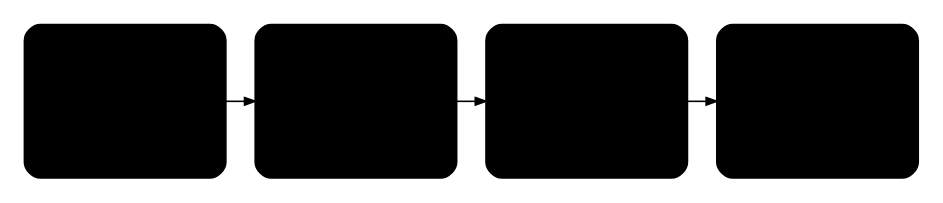
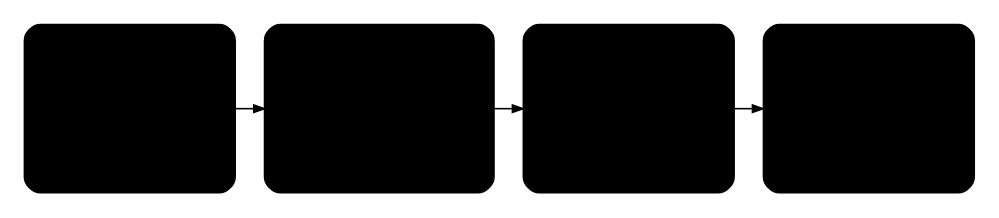
The diagram in docs/deliverables/src/migration/figures/dm_rmel_cohorts.dot (IortaTexhNXT-DEV/FinVerse), drawn with Graphviz before and after one commit. The commit also changed 37 other files, not shown here.

```diff
--- a/docs/deliverables/src/migration/figures/dm_rmel_cohorts.dot
+++ b/docs/deliverables/src/migration/figures/dm_rmel_cohorts.dot
@@ -1,12 +1,13 @@
-// BRD-13 Data Migration Strategy: renewal-driven transition by RMEL cohort (BRID 12.1; DMQ26).
+// BRD-13 Data Migration Strategy: renewal-driven transition by RMEL cohort (BRID 12.1; DMQ26, DMQ37).
+// Go-live proposed Monday 3 January 2028; T + 140 days = 22 May 2028.
 digraph dm_rmel {
   graph [rankdir=LR, fontname="Arial", nodesep=0.3, ranksep=0.3, bgcolor="white", pad=0.15];
   node  [shape=box, style="rounded,filled", color="@HEADER_BLUE", penwidth=1.2, fontname="Arial",
-         fontsize=12, fontcolor="@NEAR_BLACK", width=2.1, height=1.6, margin="0.1,0.05", fillcolor="@WHITE"];
+         fontsize=12, fontcolor="@NEAR_BLACK", width=2.2, height=1.75, margin="0.1,0.05", fillcolor="@WHITE"];
   edge  [color="@HEADER_BLUE", arrowsize=0.8, penwidth=1.2];
-  a [label=<<b>Expiry before T</b><br/><br/><font point-size="11">renewed or lapsed<br/>in legacy before<br/>the freeze; only<br/>open items carried</font>>, fillcolor="@DIRTY_WHITE", color="@MUTED"];
-  b [label=<<b>Expiry T to T+140</b><br/><br/><font point-size="11">RMEL already run<br/>in legacy; carried<br/>(P03) with the<br/>disposition</font>>, fillcolor="@AMBER_BG"];
-  c [label=<<b>Expiry after T+140</b><br/><br/><font point-size="11">extracted by BIBS<br/>Renewal from the<br/>migrated headers<br/>(P01)</font>>, fillcolor="@BG_BLUE"];
+  a [label=<<b>Expiry up to 2 Jan 2028</b><br/><br/><font point-size="11">renewed or lapsed<br/>in legacy; renewals<br/>booked before the<br/>freeze migrate as<br/>headers (P01)</font>>, fillcolor="@DIRTY_WHITE", color="@MUTED"];
+  b [label=<<b>Expiry 3 Jan to 22 May 2028</b><br/><br/><font point-size="11">prepared in legacy<br/>from Aug 2027; not<br/>booked at the freeze:<br/>carried (P03) and<br/>placed in BIBS</font>>, fillcolor="@AMBER_BG"];
+  c [label=<<b>Expiry from 23 May 2028</b><br/><br/><font point-size="11">extracted by BIBS<br/>Renewal from the<br/>migrated headers<br/>(P01), 140 days<br/>before expiry</font>>, fillcolor="@BG_BLUE"];
   d [label=<<b>Run-off complete</b><br/><br/><font point-size="11">last legacy policy<br/>renewed or lapsed;<br/>legacy systems<br/>decommissioned</font>>, fillcolor="@SUCCESS_BG", color="@SUCCESS"];
   a -> b -> c -> d;
 }
```
